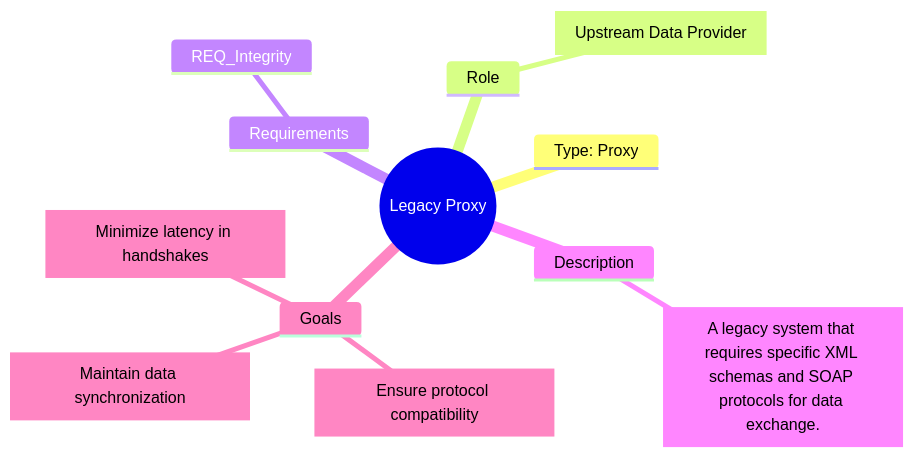
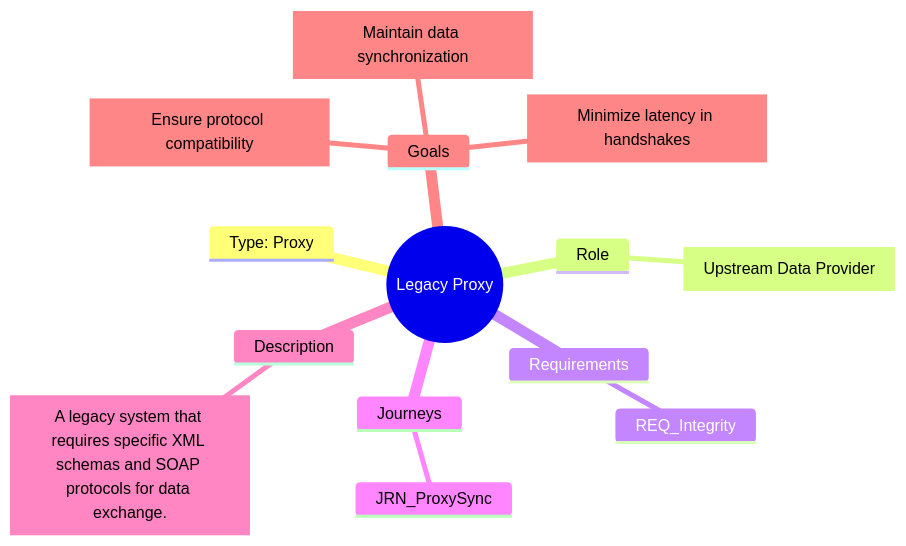
Before and after one commit to futurefoundai/foundryspec: the diagram in docs/personas/PER_ExternalSystem.mermaid, drawn with Mermaid. The commit also changed 28 other files, not shown here.

```diff
--- a/docs/personas/PER_ExternalSystem.mermaid
+++ b/docs/personas/PER_ExternalSystem.mermaid
@@ -1,18 +1,20 @@
 ---
 id: "PER_ExternalSystem"
 title: Legacy Mainframe Proxy
 description: Represents the external system that imposes integration constraints.
 ---
 mindmap
   PER_ExternalSystem((Legacy Proxy))
     Type: Proxy
     Role
       ROLE["Upstream Data Provider"]
     Requirements
       REQ_Integrity
+    Journeys
+      JRN_ProxySync
     Description
       DESCRIPTION["A legacy system that requires specific XML schemas and SOAP protocols for data exchange."]
     Goals
       GOAL_1["Ensure protocol compatibility"]
       GOAL_2["Maintain data synchronization"]
       GOAL_3["Minimize latency in handshakes"]
```
